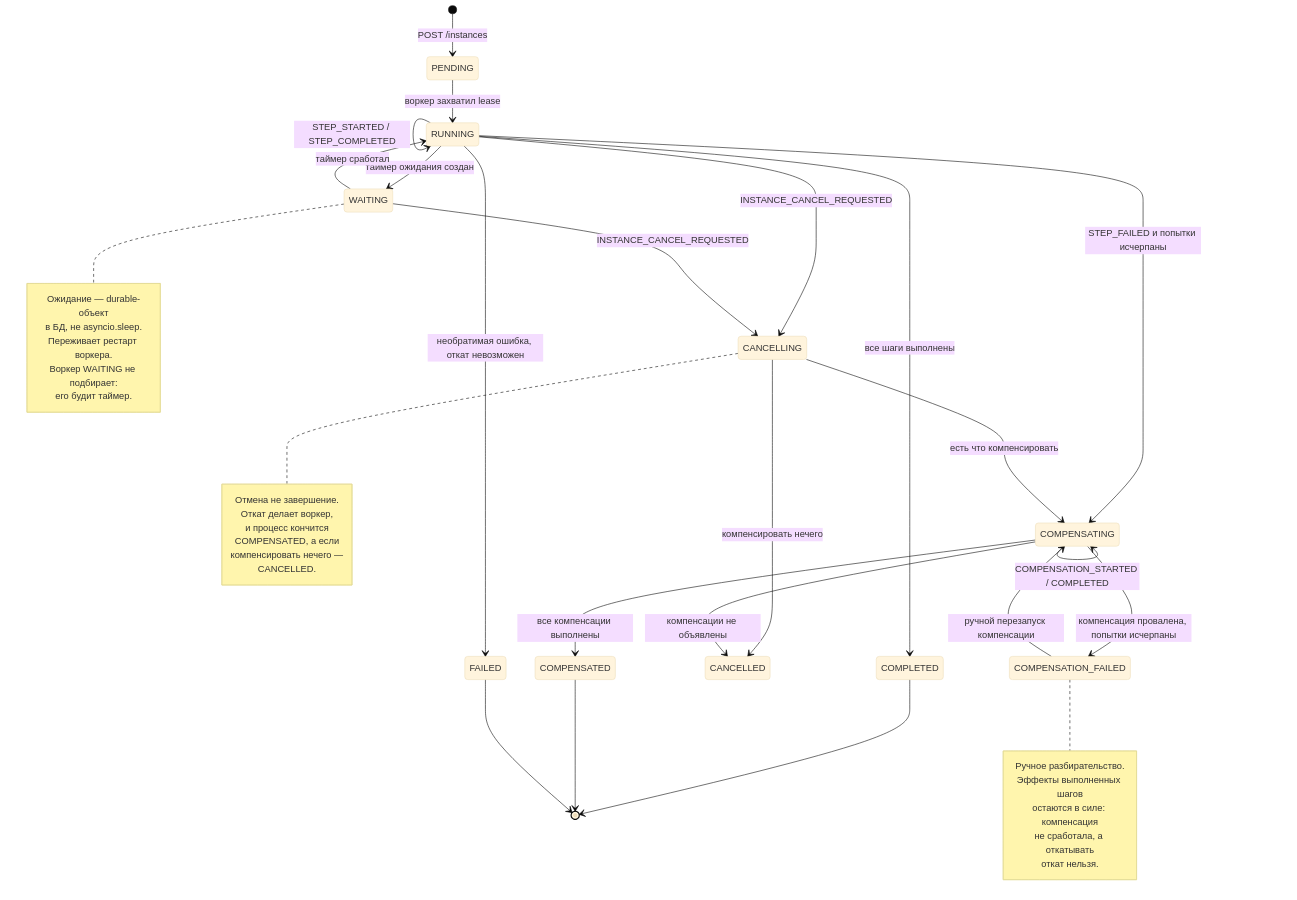
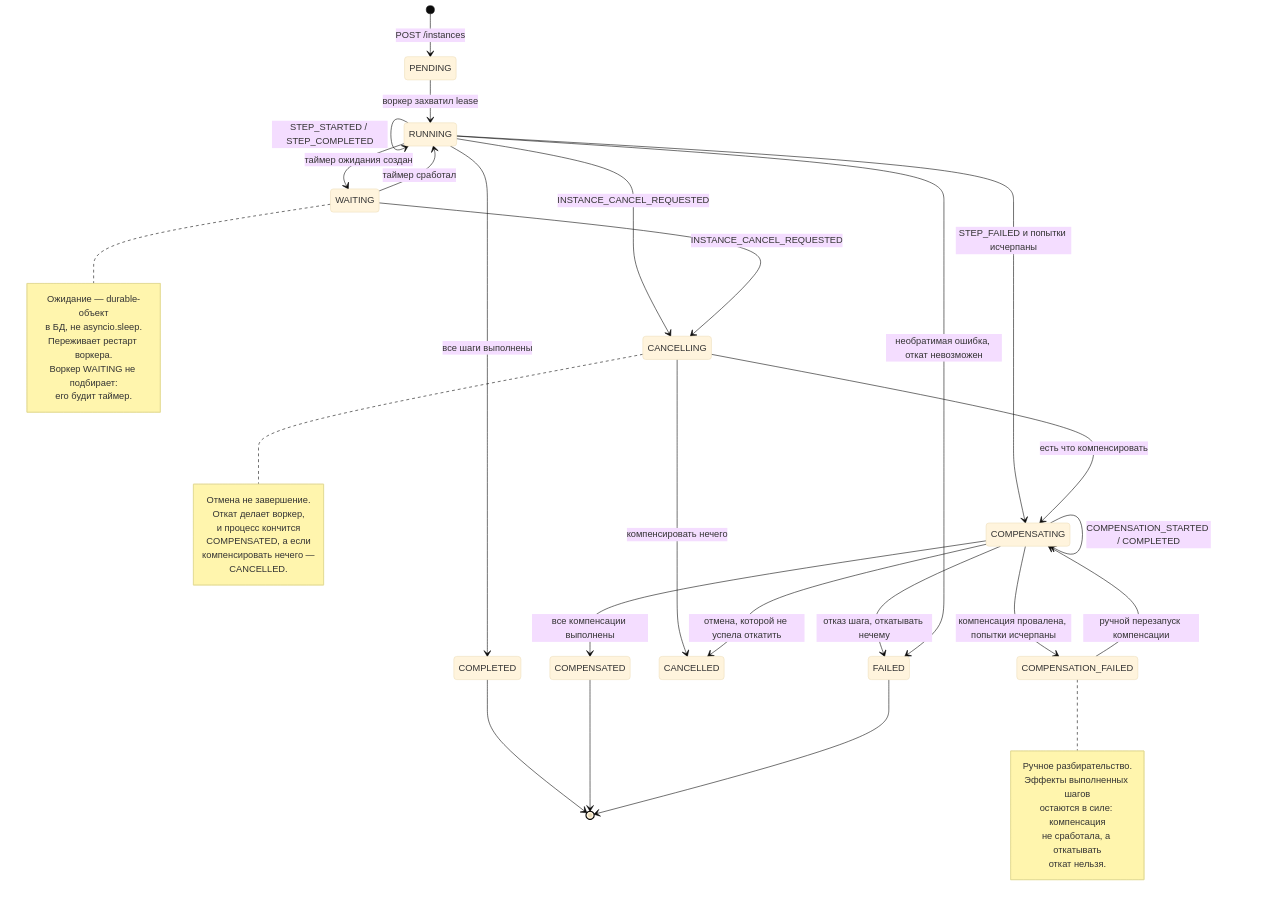
One commit to tolstosheev/workflow-engine changed the fourth of 4 diagrams in docs/ENGINE.md. Above: the diagram before and after it, drawn with Mermaid (base theme). The commit also changed other lines of this file and 3 other files, not shown here.

````diff
--- a/docs/ENGINE.md
+++ b/docs/ENGINE.md
@@ -598,53 +613,54 @@
 ```mermaid
 stateDiagram-v2
     [*] --> PENDING: POST /instances
 
     PENDING --> RUNNING: воркер захватил lease
     RUNNING --> RUNNING: STEP_STARTED / STEP_COMPLETED
     RUNNING --> WAITING: таймер ожидания создан
     WAITING --> RUNNING: таймер сработал
 
     RUNNING --> COMPENSATING: STEP_FAILED и попытки исчерпаны
     RUNNING --> CANCELLING: INSTANCE_CANCEL_REQUESTED
     WAITING --> CANCELLING: INSTANCE_CANCEL_REQUESTED
     CANCELLING --> COMPENSATING: есть что компенсировать
 
     COMPENSATING --> COMPENSATING: COMPENSATION_STARTED / COMPLETED
     COMPENSATING --> COMPENSATION_FAILED: компенсация провалена, попытки исчерпаны
     COMPENSATION_FAILED --> COMPENSATING: ручной перезапуск компенсации
 
     COMPENSATING --> COMPENSATED: все компенсации выполнены
     CANCELLING --> CANCELLED: компенсировать нечего
-    COMPENSATING --> CANCELLED: компенсации не объявлены
+    COMPENSATING --> CANCELLED: отмена, которой не успела откатить
+    COMPENSATING --> FAILED: отказ шага, откатывать нечему
     RUNNING --> FAILED: необратимая ошибка, откат невозможен
     RUNNING --> COMPLETED: все шаги выполнены
 
     COMPLETED --> [*]
     COMPENSATED --> [*]
     FAILED --> [*]
 
     note right of COMPENSATION_FAILED
         Ручное разбирательство.
         Эффекты выполненных шагов
         остаются в силе: компенсация
         не сработала, а откатывать
         откат нельзя.
     end note
 
     note right of WAITING
         Ожидание — durable-объект
         в БД, не asyncio.sleep.
         Переживает рестарт воркера.
         Воркер WAITING не подбирает:
         его будит таймер.
     end note
 
     note right of CANCELLING
         Отмена не завершение.
         Откат делает воркер,
         и процесс кончится
         COMPENSATED, а если
         компенсировать нечего —
         CANCELLED.
     end note
 ```
````
